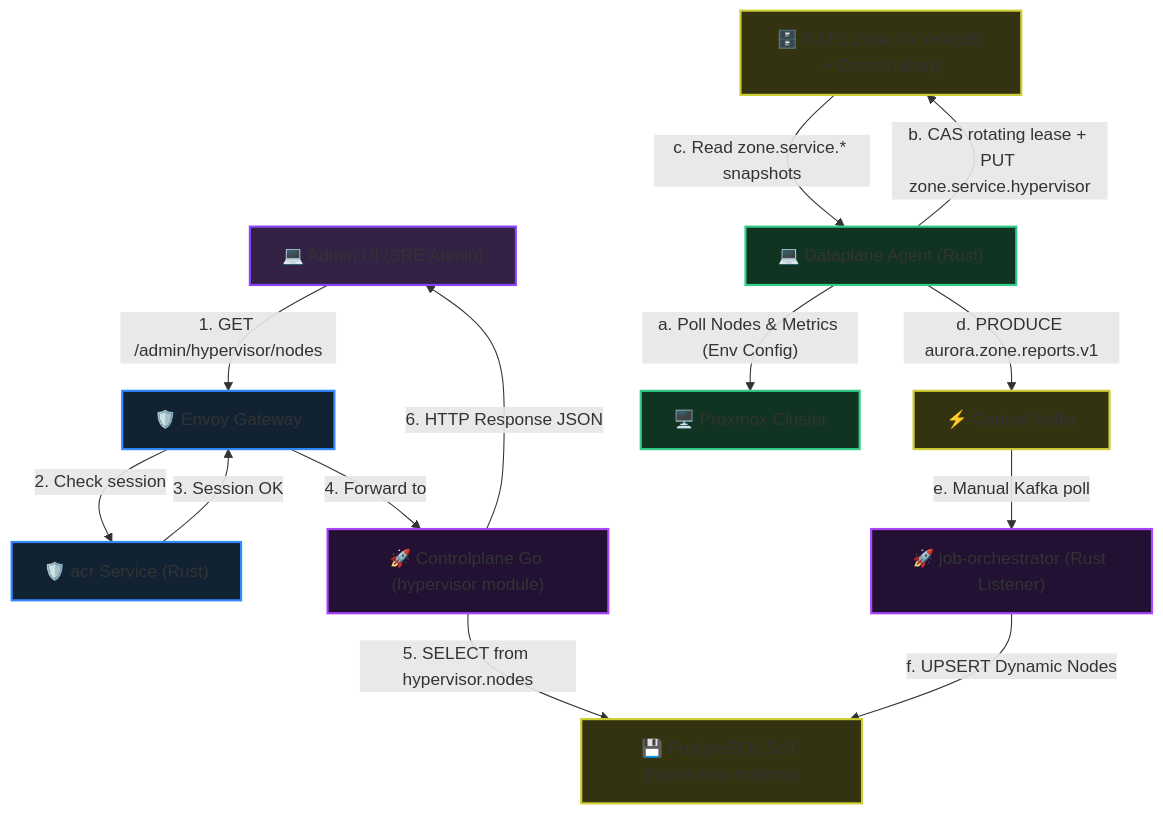
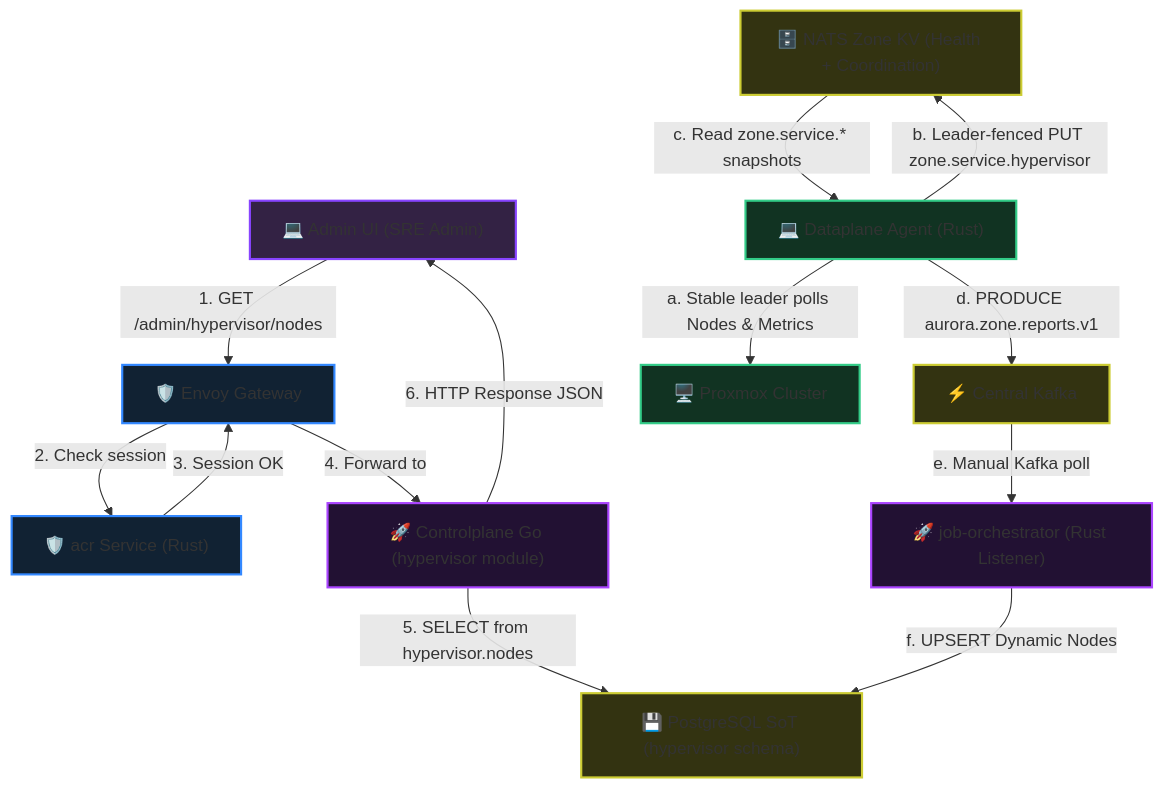
Before and after one commit to phucle996/aurora: the first of 4 diagrams in god_view/hypervisor/hypervisor_connection_lifecycle_god_view.md, drawn with Mermaid. The commit also changed other lines of this file and 69 other files, not shown here.

Commit message:
feat: replace zone gateway with leader module to handle metadata synchronization and health monitoring

````diff
--- a/god_view/hypervisor/hypervisor_connection_lifecycle_god_view.md
+++ b/god_view/hypervisor/hypervisor_connection_lifecycle_god_view.md
@@ -18,39 +18,39 @@
 ```mermaid
 graph TD
     classDef client fill:#332244,stroke:#8844ff,stroke-width:2px;
     classDef gateway fill:#112233,stroke:#3388ff,stroke-width:2px;
     classDef storage fill:#333311,stroke:#cccc33,stroke-width:2px;
     classDef backend fill:#221133,stroke:#aa44ff,stroke-width:2px;
     classDef dataplane fill:#113322,stroke:#33cc88,stroke-width:2px;
 
     SRE["💻 Admin UI (SRE Admin)"]:::client
     Envoy["🛡️ Envoy Gateway"]:::gateway
     acr["🛡️ acr Service (Rust)"]:::gateway
     CP["🚀 Controlplane Go (hypervisor module)"]:::backend
     DB["💾 PostgreSQL SoT (hypervisor schema)"]:::storage
     ZoneKV["🗄️ NATS Zone KV (Health + Coordination)"]:::storage
     RedisL1["⚡ Central Kafka"]:::storage
     JO["🚀 job-orchestrator (Rust Listener)"]:::backend
     DP["💻 Dataplane Agent (Rust)"]:::dataplane
     PVE["🖥️ Proxmox Cluster"]:::dataplane
 
     %% Luồng đọc của SRE
     SRE -- "1. GET /admin/hypervisor/nodes" --> Envoy
     Envoy -- "2. Check session" --> acr
     acr -- "3. Session OK" --> Envoy
     Envoy -- "4. Forward to" --> CP
     CP -- "5. SELECT from hypervisor.nodes" --> DB
     CP -- "6. HTTP Response JSON" --> SRE
 
     %% Luồng Auto-discovery & Heartbeat
-    DP -- "a. Poll Nodes & Metrics (Env Config)" --> PVE
-    DP -- "b. CAS rotating lease + PUT zone.service.hypervisor" --> ZoneKV
+    DP -- "a. Stable leader polls Nodes & Metrics" --> PVE
+    DP -- "b. Leader-fenced PUT zone.service.hypervisor" --> ZoneKV
     
     %% Gateway Gom & Sync L1 (ZoneStatusGateway)
     ZoneKV -- "c. Read zone.service.* snapshots" --> DP
     DP -- "d. PRODUCE aurora.zone.reports.v1" --> RedisL1
     
     %% Platform listener consume & write DB
     RedisL1 -- "e. Manual Kafka poll" --> JO
     JO -- "f. UPSERT Dynamic Nodes" --> DB
 ```
````
